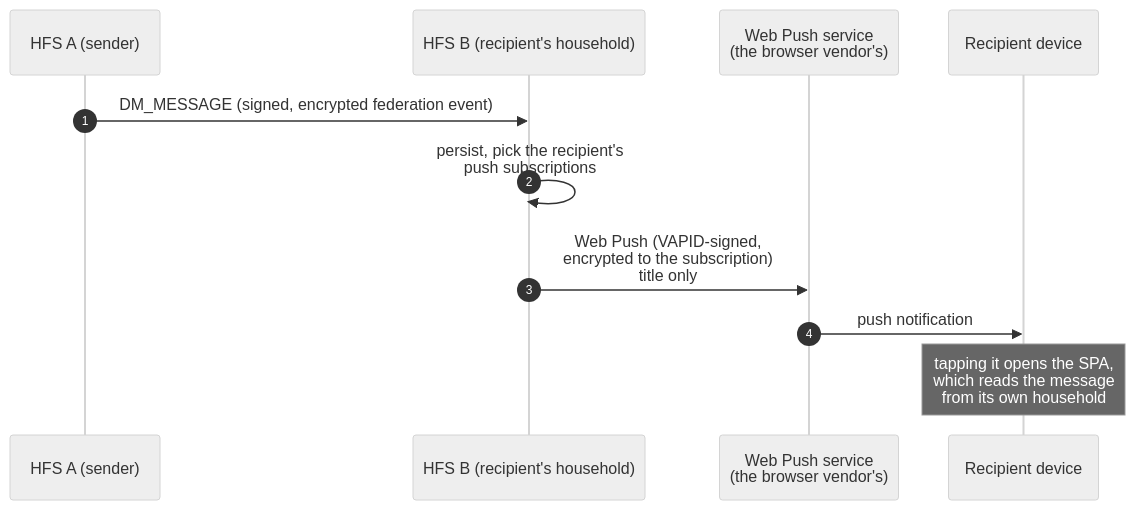
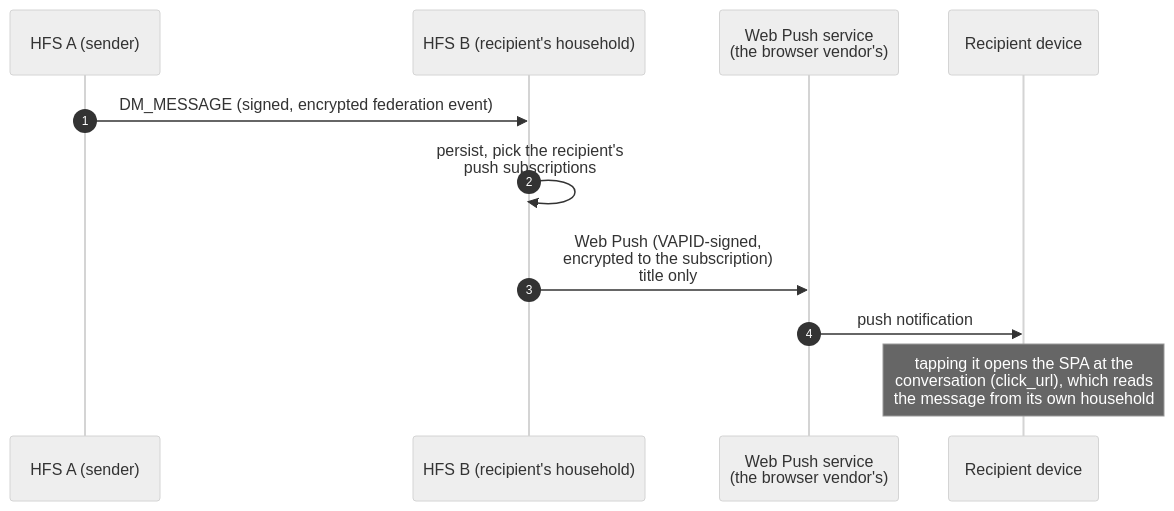
Before and after one commit to social-home-io/socialhome: the first of 2 diagrams in docs/protocol/push-relay.md, drawn with Mermaid (neutral theme). The commit also changed other lines of this file and 12 other files, not shown here.

First line of the commit message:
Tapping a notification opens the right page again (#1203)

````diff
--- a/docs/protocol/push-relay.md
+++ b/docs/protocol/push-relay.md
@@ -46,13 +46,13 @@
 ```mermaid
 sequenceDiagram
     autonumber
     participant A as HFS A (sender)
     participant B as HFS B (recipient's household)
     participant WP as Web Push service<br/>(the browser vendor's)
     participant D as Recipient device
     A->>B: DM_MESSAGE (signed, encrypted federation event)
     B->>B: persist, pick the recipient's<br/>push subscriptions
     B->>WP: Web Push (VAPID-signed,<br/>encrypted to the subscription)<br/>title only
     WP->>D: push notification
-    Note over D: tapping it opens the SPA,<br/>which reads the message<br/>from its own household
+    Note over D: tapping it opens the SPA at the<br/>conversation (click_url), which reads<br/>the message from its own household
 ```
````
